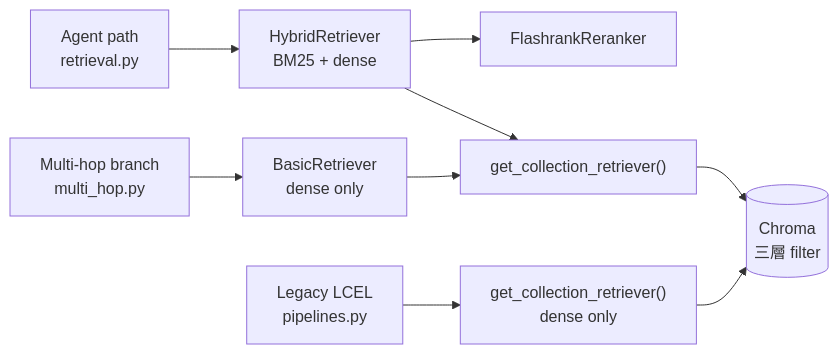
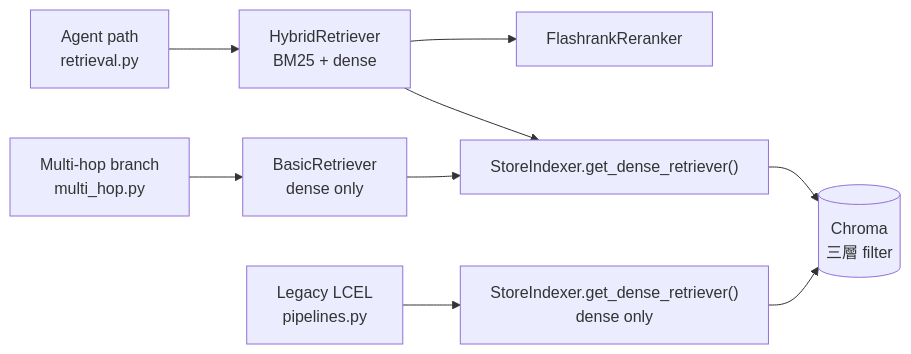
The seventh of 8 diagrams in docs/vectorstore/vectorstore-retriever-structure-20261009.md (jltz1207/LoginFastapi), drawn with Mermaid before and after one commit. The commit also changed other lines of this file and 10 other files, not shown here.

Commit message:
refactor vectore store: add filter scope, move "get_dense_retriever" to storeindexer (Phase 1)

````diff
--- a/docs/vectorstore/vectorstore-retriever-structure-20261009.md
+++ b/docs/vectorstore/vectorstore-retriever-structure-20261009.md
@@ -412,9 +380,9 @@
 ```mermaid
 flowchart LR
     A["Agent path<br/>retrieval.py"] --> H["HybridRetriever<br/>BM25 + dense"] --> RR["FlashrankReranker"]
     M["Multi-hop branch<br/>multi_hop.py"] --> B["BasicRetriever<br/>dense only"]
-    L["Legacy LCEL<br/>pipelines.py"] --> G["get_collection_retriever()<br/>dense only"]
-    H --> G2["get_collection_retriever()"]
+    L["Legacy LCEL<br/>pipelines.py"] --> G["StoreIndexer.get_dense_retriever()<br/>dense only"]
+    H --> G2["StoreIndexer.get_dense_retriever()"]
     B --> G2
     G & G2 --> C[("Chroma<br/>三層 filter")]
 ```
````
